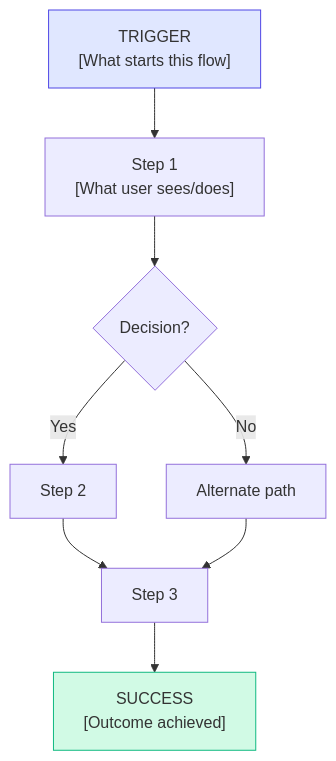
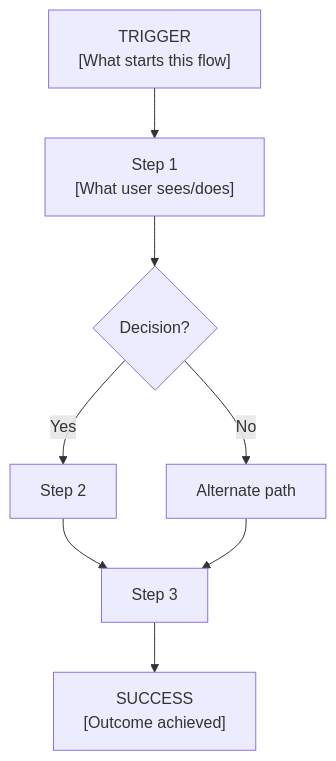
Before and after one commit to smileynet/ui-optimizer: the diagram in docs/workflow/phases/03-explore.md, drawn with Mermaid. The commit also changed 6 other files, not shown here.

First line of the commit message:
fix: remove hardcoded Mermaid fill colors for dark mode compatibility

````diff
--- a/docs/workflow/phases/03-explore.md
+++ b/docs/workflow/phases/03-explore.md
@@ -46,21 +46,18 @@
 ```mermaid
 flowchart TB
     TRIGGER["TRIGGER<br/>[What starts this flow]"]
     S1["Step 1<br/>[What user sees/does]"]
     DEC{Decision?}
     S2[Step 2]
     ALT[Alternate path]
     S3[Step 3]
     SUCCESS["SUCCESS<br/>[Outcome achieved]"]
     
     TRIGGER --> S1
     S1 --> DEC
     DEC -->|Yes| S2
     DEC -->|No| ALT
     S2 --> S3
     ALT --> S3
     S3 --> SUCCESS
-    
-    style TRIGGER fill:#e0e7ff,stroke:#4f46e5
-    style SUCCESS fill:#d1fae5,stroke:#10b981
 ```
````
